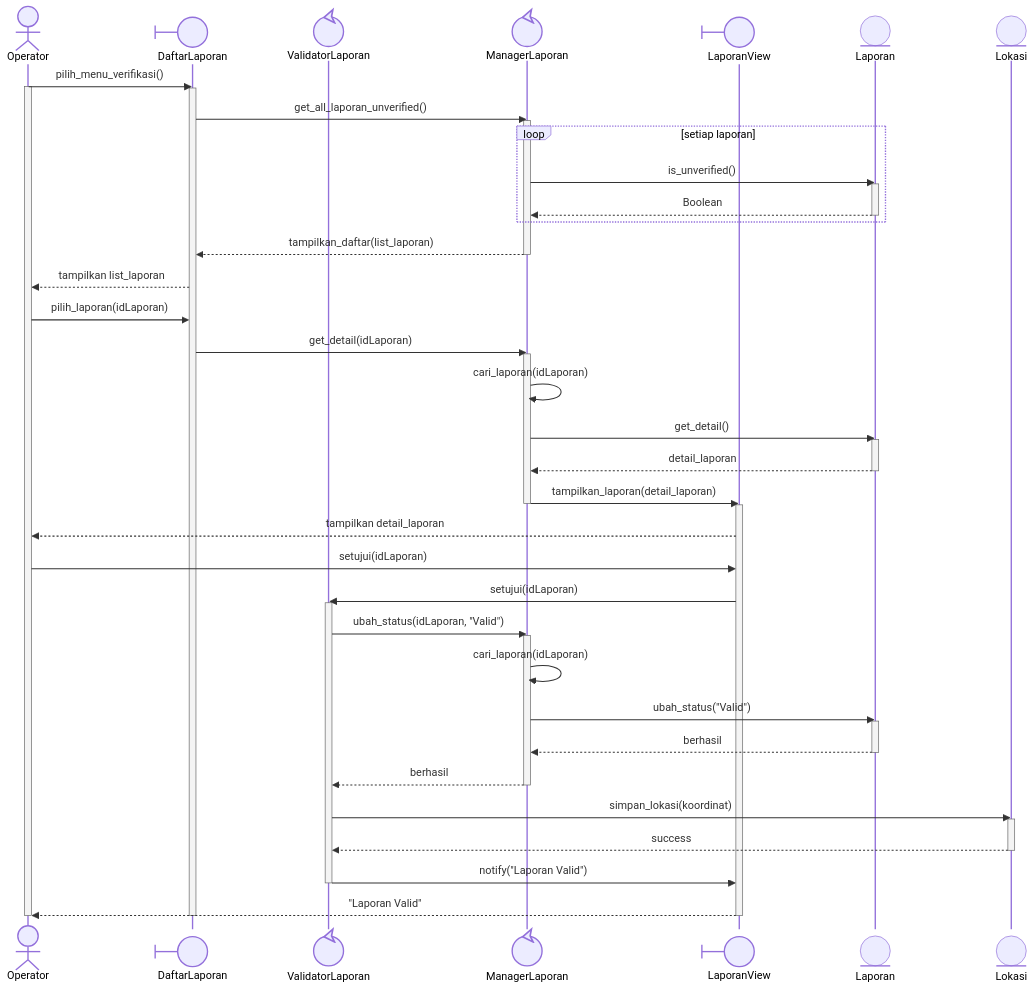
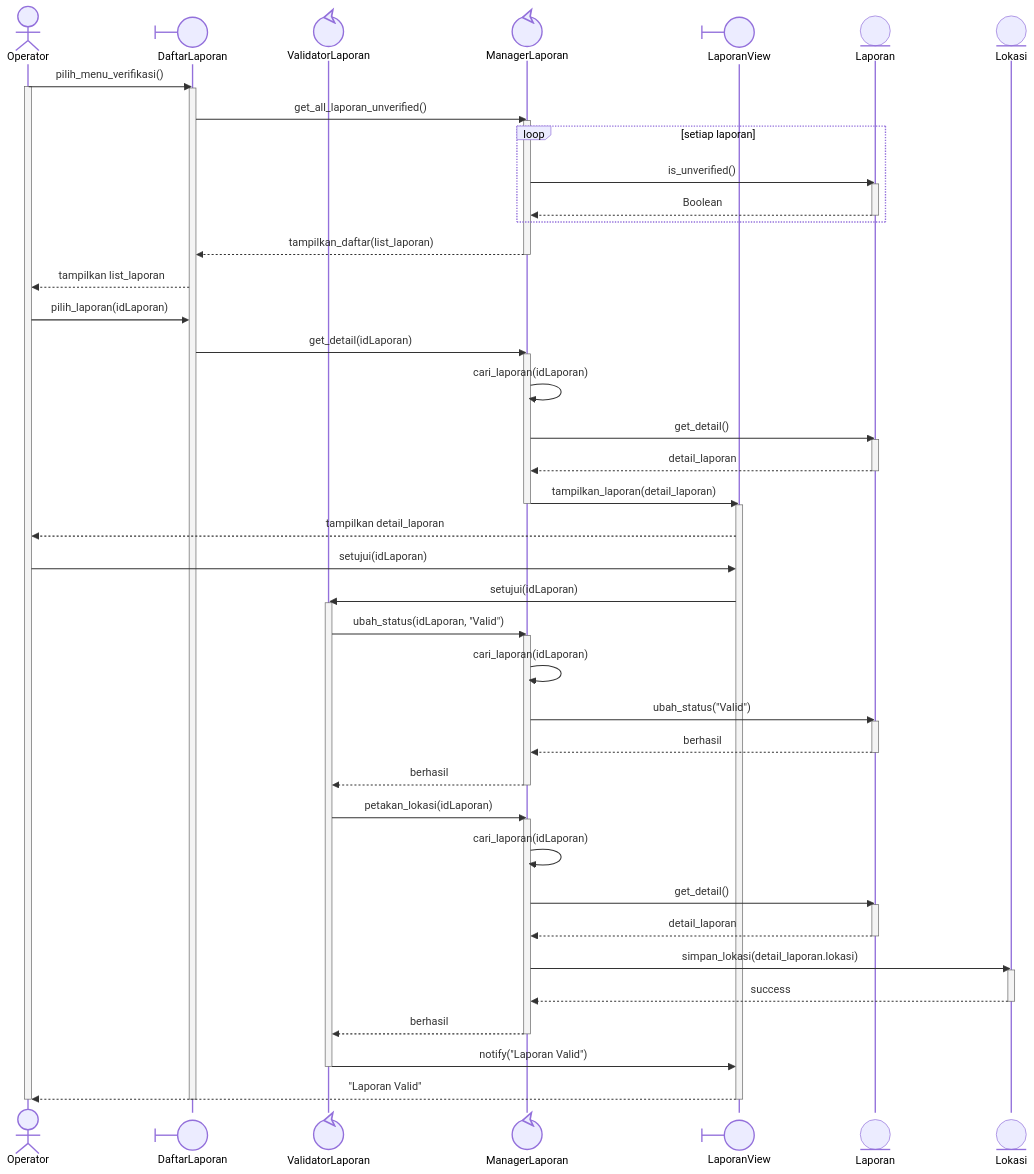
One commit to star-scripter/IF2150-RPL-K03-G02 changed the tenth of 29 diagrams in docs/M8/K03_G02_DPPL2.md. Above: the diagram before and after it, drawn with Mermaid. The commit also changed other lines of this file, not shown here.

Commit message:
fix: pemetaan lokasi pindah ke managerlaporan

````diff
--- a/docs/M8/K03_G02_DPPL2.md
+++ b/docs/M8/K03_G02_DPPL2.md
@@ -585,63 +585,72 @@
 ```mermaid
 %%{init: {'themeCSS': '.actor-line { stroke-dasharray: 4, 4; }'}}%%
 sequenceDiagram
     actor O as Operator
     participant DL@{"type":"boundary"} as DaftarLaporan
     participant VL@{"type":"control"} as ValidatorLaporan
     participant ML@{"type":"control"} as ManagerLaporan
     participant LV@{"type":"boundary"} as LaporanView
     participant L@{"type":"entity"} as Laporan
     participant LO@{"type":"entity"} as Lokasi
 
     O->>DL: pilih_menu_verifikasi()
     activate O
     activate DL
     DL->>ML: get_all_laporan_unverified()
     activate ML
     loop setiap laporan
         ML->>L: is_unverified()
         activate L
         L-->>ML: Boolean
         deactivate L
     end
     ML-->>DL: tampilkan_daftar(list_laporan)
     deactivate ML
     DL-->>O: tampilkan list_laporan
     
     O->>DL: pilih_laporan(idLaporan)
     DL->>ML: get_detail(idLaporan)
     activate ML
     ML->>ML: cari_laporan(idLaporan)
     ML->>L: get_detail()
     activate L
     L-->>ML: detail_laporan
     deactivate L
     ML->>LV: tampilkan_laporan(detail_laporan)
     deactivate ML
     activate LV
     LV-->>O: tampilkan detail_laporan
     
     O->>LV: setujui(idLaporan)
     LV->>VL: setujui(idLaporan)
     activate VL
     VL->>ML: ubah_status(idLaporan, "Valid")
     activate ML
     ML->>ML: cari_laporan(idLaporan)
     ML->>L: ubah_status("Valid")
     activate L
     L-->>ML: berhasil
     deactivate L
     ML-->>VL: berhasil
     deactivate ML
-    VL->>LO: simpan_lokasi(koordinat)
+    VL->>ML: petakan_lokasi(idLaporan)
+    activate ML
+    ML->>ML: cari_laporan(idLaporan)
+    ML->>L: get_detail()
+    activate L
+    L-->>ML: detail_laporan
+    deactivate L
+    ML->>LO: simpan_lokasi(detail_laporan.lokasi)
     activate LO
-    LO-->>VL: success
+    LO-->>ML: success
     deactivate LO
+    ML-->>VL: berhasil
+    deactivate ML
     VL->>LV: notify("Laporan Valid")
     deactivate VL
     LV-->>O: "Laporan Valid"
     
     deactivate LV
     deactivate DL
     deactivate O
 ```
````
